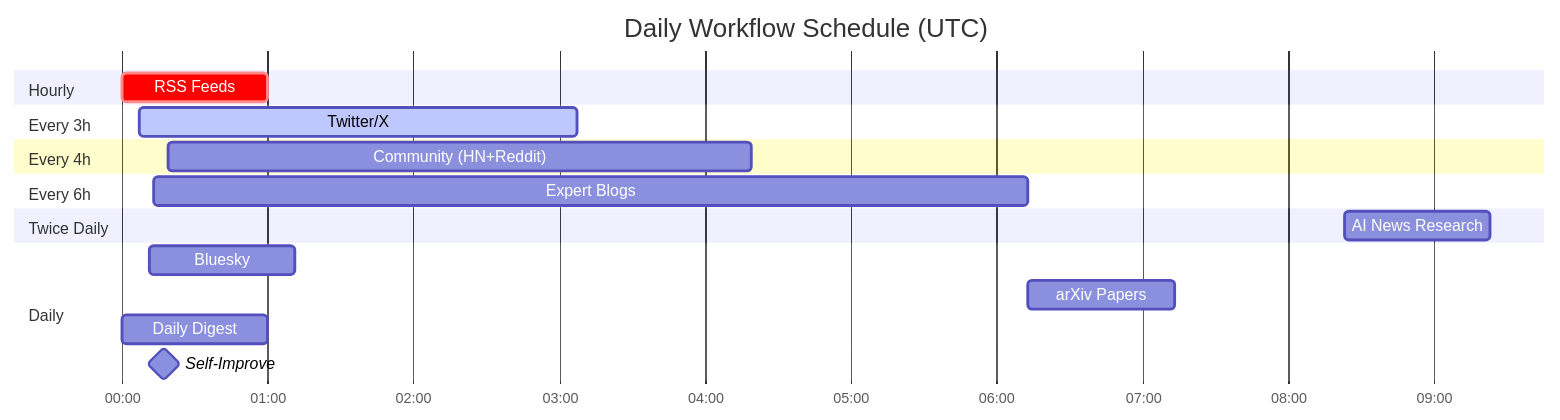
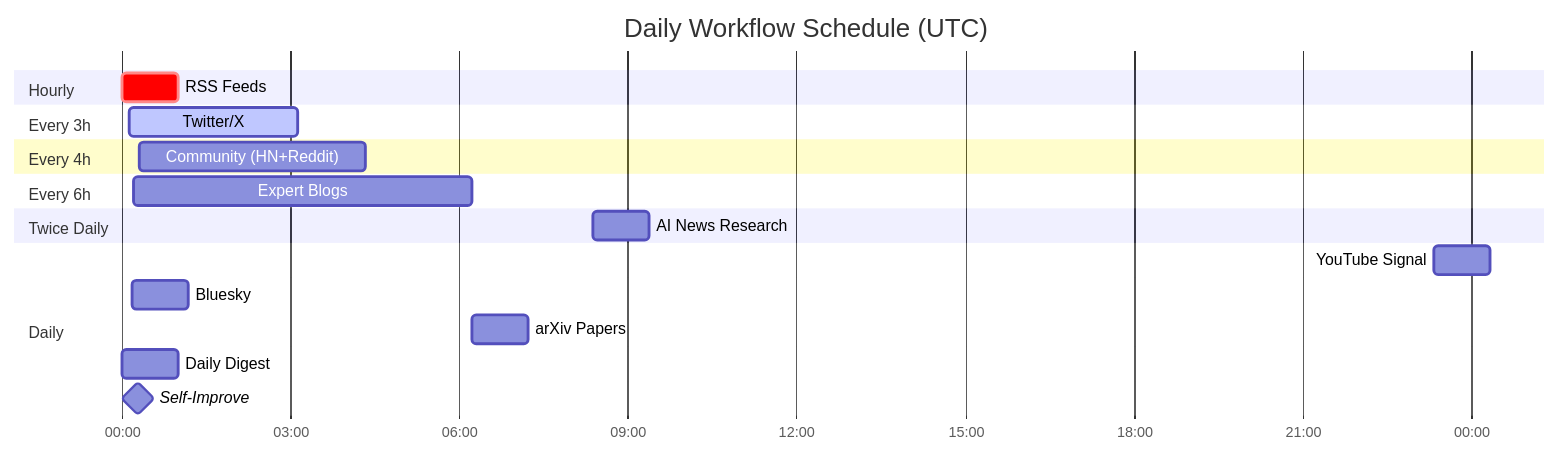
Before and after one commit to guzus/ai-research-arm: the second of 2 diagrams in README.md, drawn with Mermaid. The commit also changed other lines of this file and 11 other files, not shown here.

Commit message:
Add tuber-backed YouTube signal lane

````diff
--- a/README.md
+++ b/README.md
@@ -91,27 +96,28 @@
 ```mermaid
 gantt
     title Daily Workflow Schedule (UTC)
     dateFormat HH:mm
     axisFormat %H:%M
 
     section Hourly
     RSS Feeds           :crit, 00:00, 1h
 
     section Every 3h
     Twitter/X           :active, 00:07, 3h
 
     section Every 4h
     Community (HN+Reddit) :00:19, 4h
 
     section Every 6h
     Expert Blogs        :00:13, 6h
 
     section Twice Daily
     AI News Research    :08:23, 1h
 
     section Daily
+    YouTube Signal      :23:20, 1h
     Bluesky             :00:11, 1h
     arXiv Papers        :06:13, 1h
     Daily Digest        :00:00, 1h
     Self-Improve        :milestone, 00:17, 0h
 ```
````
